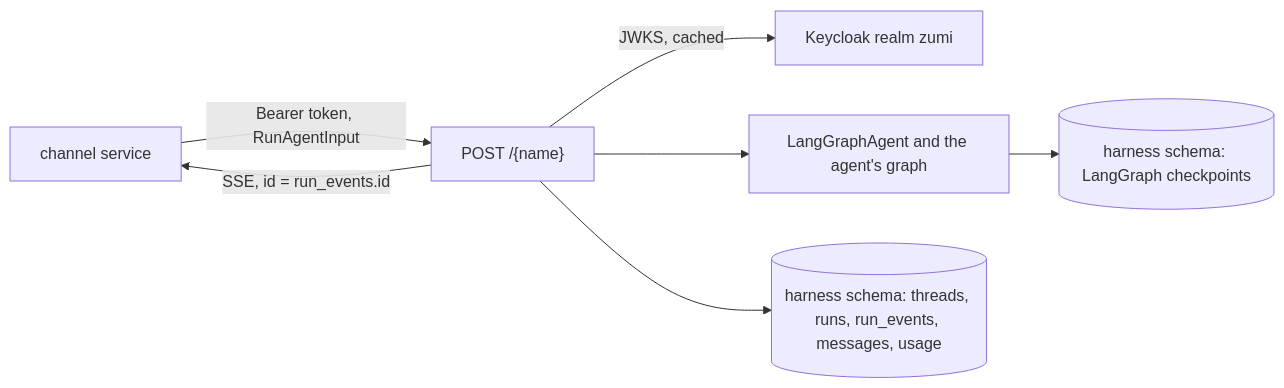
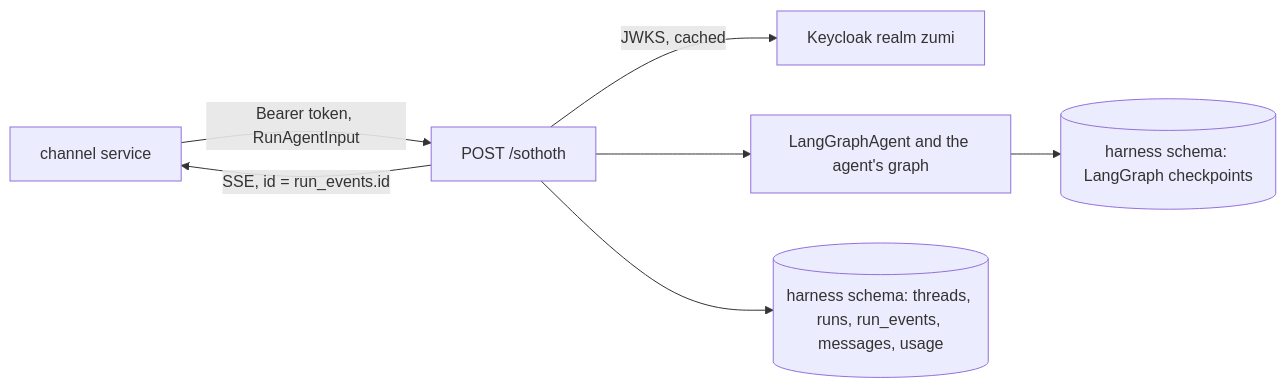
One commit to kchong0702/zumi changed the diagram in apps/harness/docs/architecture/overview.md. Above: the diagram before and after it, drawn with Mermaid. The commit also changed other lines of this file and 17 other files, not shown here.

Commit message:
feat(sothoth): add Sothoth, the research agent, browsing with Playwright MCP

````diff
--- a/apps/harness/docs/architecture/overview.md
+++ b/apps/harness/docs/architecture/overview.md
@@ -44,9 +63,9 @@
 ```mermaid
 flowchart LR
-  channel[channel service] -- "Bearer token, RunAgentInput" --> router["POST /{name}"]
+  channel[channel service] -- "Bearer token, RunAgentInput" --> router["POST /sothoth"]
   router -- "JWKS, cached" --> keycloak[Keycloak realm zumi]
   router --> agent[LangGraphAgent and the agent's graph]
   agent --> checkpointer[(harness schema: LangGraph checkpoints)]
   router --> tables[(harness schema: threads, runs, run_events, messages, usage)]
   router -- "SSE, id = run_events.id" --> channel
 ```
````
